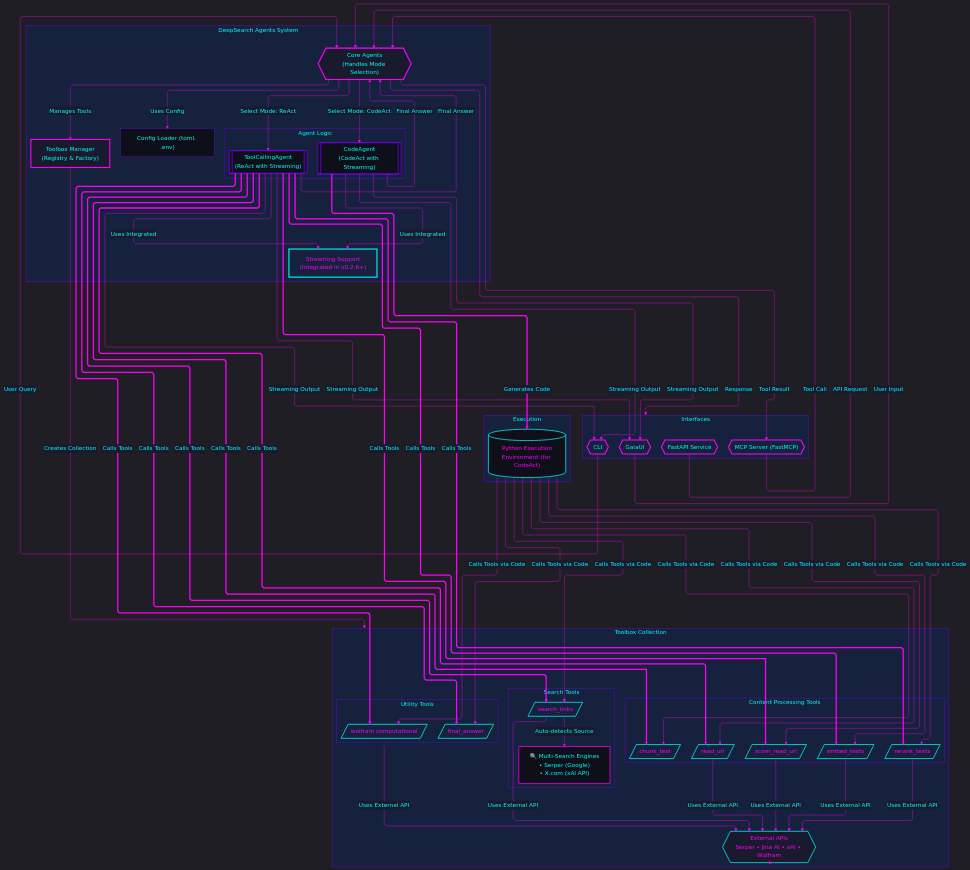
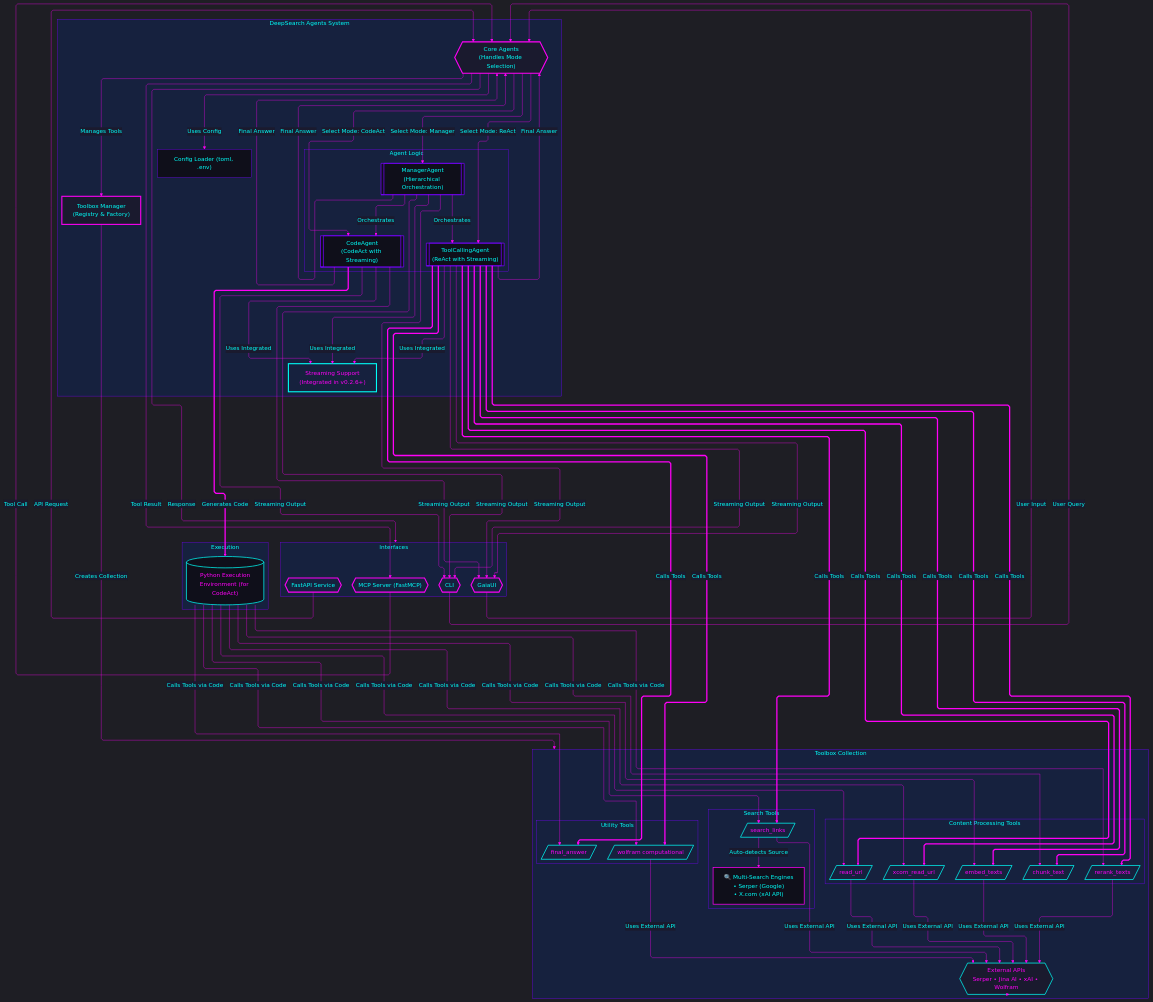
One commit to lwyBZss8924d/DeepSearchAgents changed the diagram in README.md. Above: the diagram before and after it, drawn with Mermaid. The commit also changed other lines of this file and 37 other files, not shown here.

First line of the commit message:
feat: Complete smolagents v0.2.9 upgrade with enhanced streaming and CLI improvements

```diff
--- a/README.md
+++ b/README.md
@@ -325,6 +342,8 @@
 (ReAct with Streaming)"]]
             CodeAgent[["CodeAgent
 (CodeAct with Streaming)"]]
+            ManagerAgent[["ManagerAgent
+(Hierarchical Orchestration)"]]
         end
     end
     subgraph Toolbox["Toolbox Collection"]
@@ -360,10 +379,14 @@
     MCPServer -- "Tool Call" --> CoreAgents
     CoreAgents -- "Select Mode: ReAct" --> ToolAgent
     CoreAgents -- "Select Mode: CodeAct" --> CodeAgent
+    CoreAgents -- "Select Mode: Manager" --> ManagerAgent
     CoreAgents -- "Uses Config" --> ConfigLoader
     CoreAgents -- "Manages Tools" --> ToolboxManager
     ToolAgent -- "Uses Integrated" --> StreamingSupport
     CodeAgent -- "Uses Integrated" --> StreamingSupport
+    ManagerAgent -- "Uses Integrated" --> StreamingSupport
+    ManagerAgent -- "Orchestrates" --> ToolAgent
+    ManagerAgent -- "Orchestrates" --> CodeAgent
 
     ToolboxManager -- "Creates Collection" --> Toolbox
     SearchLinks -- "Auto-detects Source" --> SearchEngines
@@ -397,10 +420,13 @@
 
     ToolAgent -- "Final Answer" --> CoreAgents
     CodeAgent -- "Final Answer" --> CoreAgents
+    ManagerAgent -- "Final Answer" --> CoreAgents
     ToolAgent -- "Streaming Output" --> CLI
     CodeAgent -- "Streaming Output" --> CLI
+    ManagerAgent -- "Streaming Output" --> CLI
     ToolAgent -- "Streaming Output" --> GaiaUI
     CodeAgent -- "Streaming Output" --> GaiaUI
+    ManagerAgent -- "Streaming Output" --> GaiaUI
     CoreAgents -- "Response" --> Interfaces
     CoreAgents -- "Tool Result" --> MCPServer
 
@@ -423,6 +449,7 @@
     CoreAgents:::manager
     ToolAgent:::agent
     CodeAgent:::agent
+    ManagerAgent:::agent
     StreamingSupport:::streaming
     ToolboxManager:::manager
     SearchLinks:::tool
```
